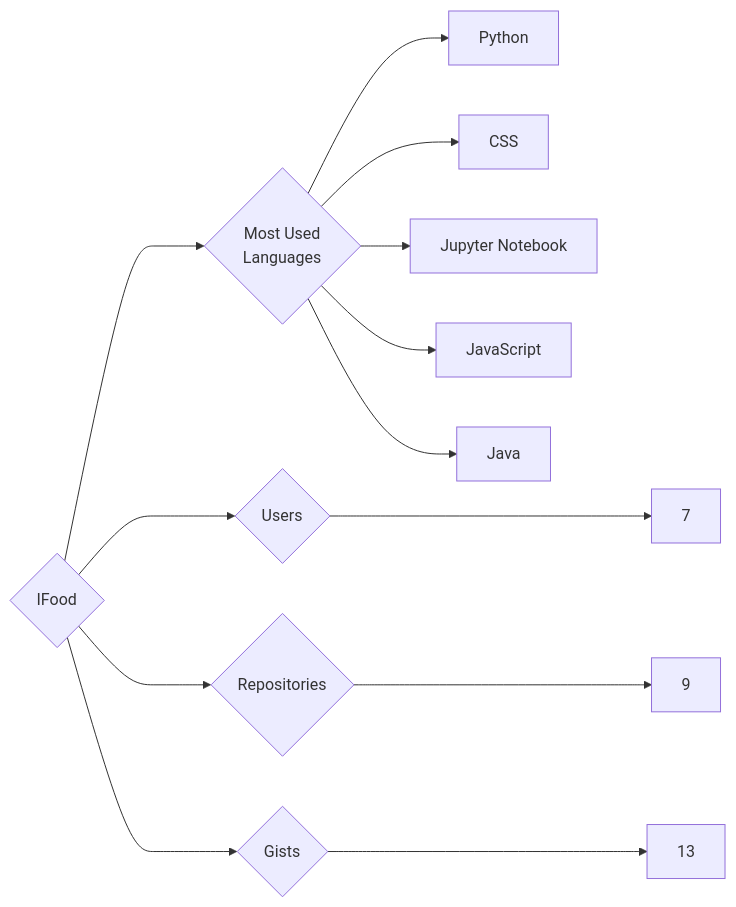
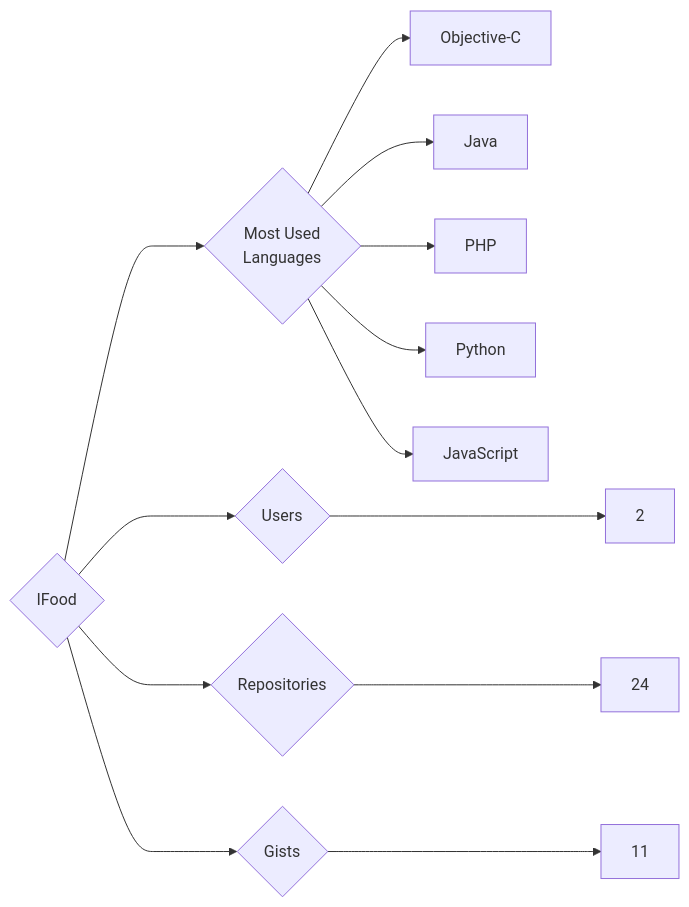
The diagram in targets/IFood/README.md (trickest/insiders), drawn with Mermaid before and after one commit. The commit also changed 934 other files, not shown here.

````diff
--- a/targets/IFood/README.md
+++ b/targets/IFood/README.md
@@ -3,13 +3,13 @@
 ```mermaid
 graph LR
 COMPANY_NAME{IFood}
-COMPANY_NAME ---> U{Users} ---> UN[7]
-COMPANY_NAME ---> R{Repositories} ---> RN[9]
-COMPANY_NAME ---> G{Gists} ---> GN[13]
+COMPANY_NAME ---> U{Users} ---> UN[2]
+COMPANY_NAME ---> R{Repositories} ---> RN[24]
+COMPANY_NAME ---> G{Gists} ---> GN[11]
 COMPANY_NAME ---> ML{Most Used<br>Languages}
+ML --> Objective-C[Objective-C]
+ML --> Java[Java]
+ML --> PHP[PHP]
 ML --> Python[Python]
-ML --> CSS[CSS]
-ML --> Jupyter_Notebook[Jupyter Notebook]
 ML --> JavaScript[JavaScript]
-ML --> Java[Java]
 ```
````
